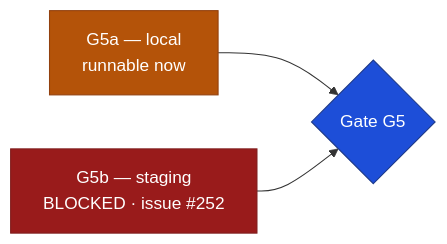
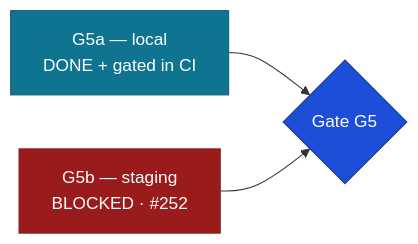
The diagram in docs/process/g5-evidence.md (KSDRILL-SA/fundslink-Academy), drawn with Mermaid before and after one commit. The commit also changed other lines of this file, not shown here.

````diff
--- a/docs/process/g5-evidence.md
+++ b/docs/process/g5-evidence.md
@@ -10,9 +11,9 @@
 ```mermaid
 graph LR
-  A["G5a — local<br/>runnable now"] --> C{"Gate G5"}
-  B["G5b — staging<br/>BLOCKED · issue #252"] --> C
-  classDef part fill:#b45309,color:#fff,stroke:#92400e;
+  A["G5a — local<br/>DONE + gated in CI"] --> C{"Gate G5"}
+  B["G5b — staging<br/>BLOCKED · #252"] --> C
+  classDef done fill:#0e7490,color:#fff,stroke:#155e75;
   classDef blocked fill:#991b1b,color:#fff,stroke:#7f1d1d;
   classDef gate fill:#1d4ed8,color:#fff,stroke:#1e3a8a;
-  class A part; class B blocked; class C gate;
+  class A done; class B blocked; class C gate;
 ```
````
